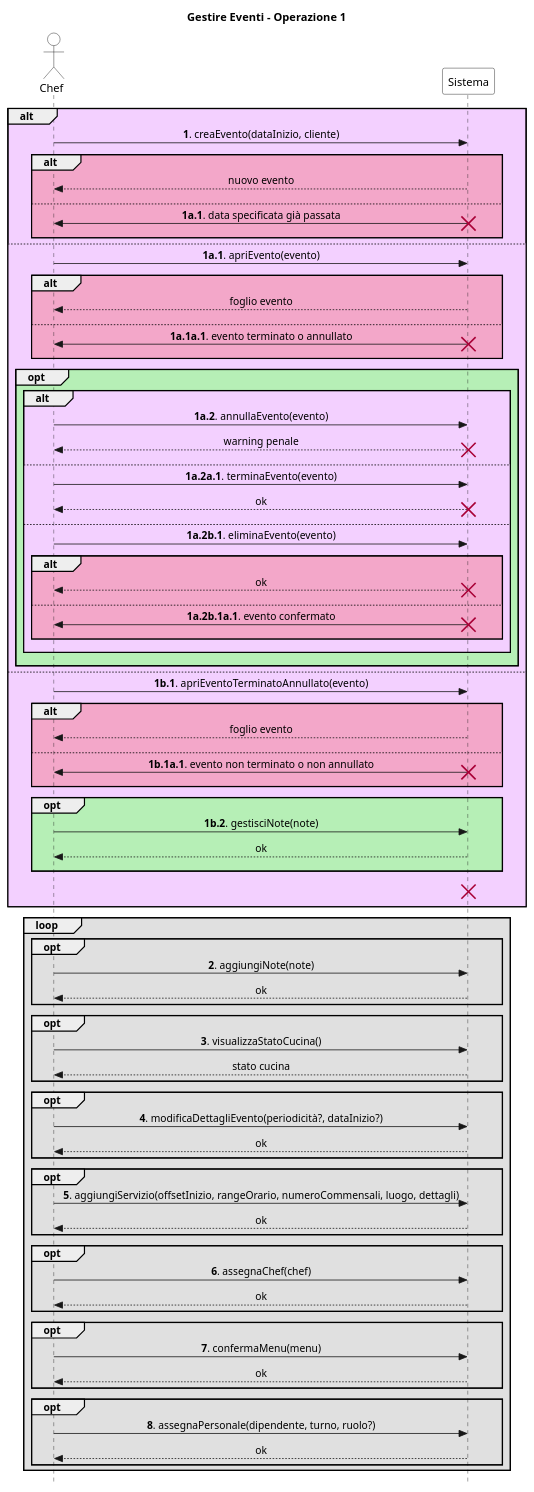
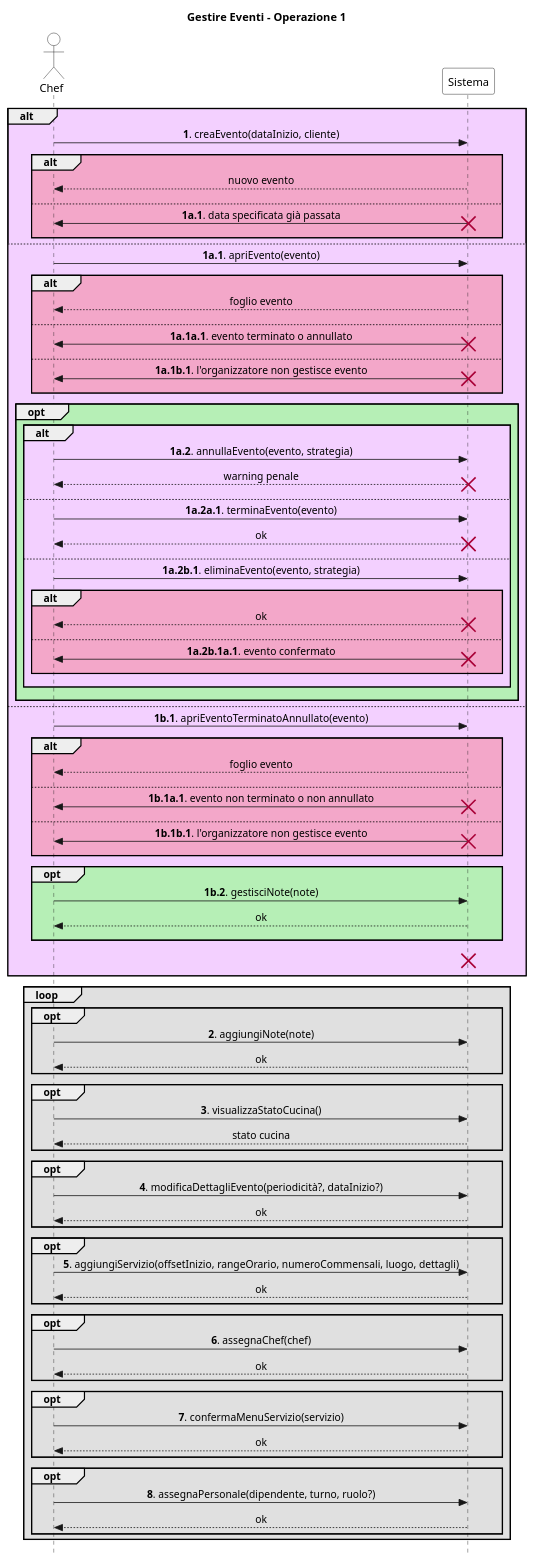
One commit to stefa168/sas-project changed the diagram in UP/Requisiti/UC Gestire Eventi/SSD/Estensioni-Eccezioni Op1.puml. Above: the diagram before and after it, drawn with PlantUML. The commit also changed 4 other files, not shown here.

```diff
--- a/UP/Requisiti/UC Gestire Eventi/SSD/Estensioni-Eccezioni Op1.puml
+++ b/UP/Requisiti/UC Gestire Eventi/SSD/Estensioni-Eccezioni Op1.puml
@@ -1,124 +1,132 @@
 @startuml
 skinparam Style strictuml
 skinparam SequenceMessageAlign center
 
 skinparam sequence {
     ActorBorderColor Black
     ActorBackgroundColor White
     ParticipantBorderColor Black
     ParticipantBackgroundColor White
 }
 
 actor Chef
 participant Sistema
 
 title Gestire Eventi - Operazione 1
 
 alt #f3d0ff
     Chef -> Sistema: **1**. creaEvento(dataInizio, cliente)
     alt #f3a7c9
         return nuovo evento
         ||10||
     else
         Chef <- Sistema: **1a.1**. data specificata già passata
         destroy Sistema
         ||10||
     end
 else
     Chef -> Sistema: **1a.1**. apriEvento(evento)
     alt #f3a7c9
         return foglio evento
         ||10||
     else
         Chef <- Sistema: **1a.1a.1**. evento terminato o annullato
         destroy Sistema
         ||10||
+    else
+        Chef <- Sistema: **1a.1b.1**. l'organizzatore non gestisce evento
+        destroy Sistema
+        ||10||
     end
 
     opt #b6efb6
         alt #f3d0ff
-            Chef -> Sistema: **1a.2**. annullaEvento(evento)
+            Chef -> Sistema: **1a.2**. annullaEvento(evento, strategia)
             return warning penale
             destroy Sistema
             ||10||
         else
             Chef -> Sistema: **1a.2a.1**. terminaEvento(evento)
             return ok
             destroy Sistema
             ||10||
         else
-            Chef -> Sistema: **1a.2b.1**. eliminaEvento(evento)
+            Chef -> Sistema: **1a.2b.1**. eliminaEvento(evento, strategia)
             alt #f3a7c9
                 return ok
                 destroy Sistema
                 ||10||
             else
                Chef <- Sistema: **1a.2b.1a.1**. evento confermato
                destroy Sistema
                ||10||
             end
             ||10||
         end
         ' non abbiamo modo di modificare il colore della X
         ||10||
     end
 else
     Chef -> Sistema: **1b.1**. apriEventoTerminatoAnnullato(evento)
     alt #f3a7c9
         return foglio evento
         ||10||
     else
         Chef <- Sistema: **1b.1a.1**. evento non terminato o non annullato
+        destroy Sistema
+        ||10||
+    else
+        Chef <- Sistema: **1b.1b.1**. l'organizzatore non gestisce evento
         destroy Sistema
         ||10||
     end
 
     opt #b6efb6
         Chef -> Sistema: **1b.2**. gestisciNote(note)
         return ok
         ||10||
     end
 
     ||10||
     destroy Sistema
 '    note over Chef, Sistema #fff: Il caso d'uso termina.
     ||10||
 end
 
 loop #e0e0e0
     opt #e0e0e0
         Chef -> Sistema: **2**. aggiungiNote(note)
         return ok
     end
 
     opt #e0e0e0
         Chef -> Sistema: **3**. visualizzaStatoCucina()
         return stato cucina
     end
 
     opt #e0e0e0
         Chef -> Sistema: **4**. modificaDettagliEvento(periodicità?, dataInizio?)
         return ok
     end
 
     opt #e0e0e0
         Chef -> Sistema: **5**. aggiungiServizio(offsetInizio, rangeOrario, numeroCommensali, luogo, dettagli)
         return ok
     end
 
     opt #e0e0e0
         Chef -> Sistema: **6**. assegnaChef(chef)
         return ok
     end
 
     opt #e0e0e0
-        Chef -> Sistema: **7**. confermaMenu(menu)
+        Chef -> Sistema: **7**. confermaMenuServizio(servizio)
         return ok
     end
 
     opt #e0e0e0
         Chef -> Sistema: **8**. assegnaPersonale(dipendente, turno, ruolo?)
         return ok
     end
 end
 @enduml
```
